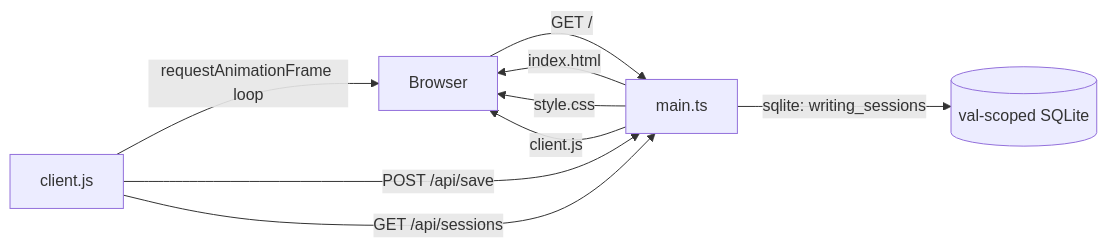
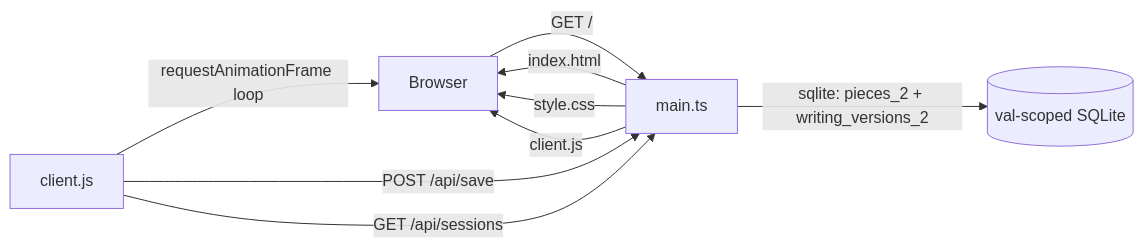
One commit to oguzhanogreden/dangerous-writing-app changed the diagram in README.md. Above: the diagram before and after it, drawn with Mermaid. The commit also changed other lines of this file and 5 other files, not shown here.

````diff
--- a/README.md
+++ b/README.md
@@ -37,11 +42,11 @@
 ```mermaid
 flowchart LR
   Browser -->|GET /| main.ts
   main.ts -->|index.html| Browser
   main.ts -->|style.css| Browser
   main.ts -->|client.js| Browser
   client.js -->|requestAnimationFrame loop| Browser
   client.js -->|POST /api/save| main.ts
   client.js -->|GET /api/sessions| main.ts
-  main.ts -->|sqlite: writing_sessions| SQLite[(val-scoped SQLite)]
+  main.ts -->|sqlite: pieces_2 + writing_versions_2| SQLite[(val-scoped SQLite)]
 ```
````
